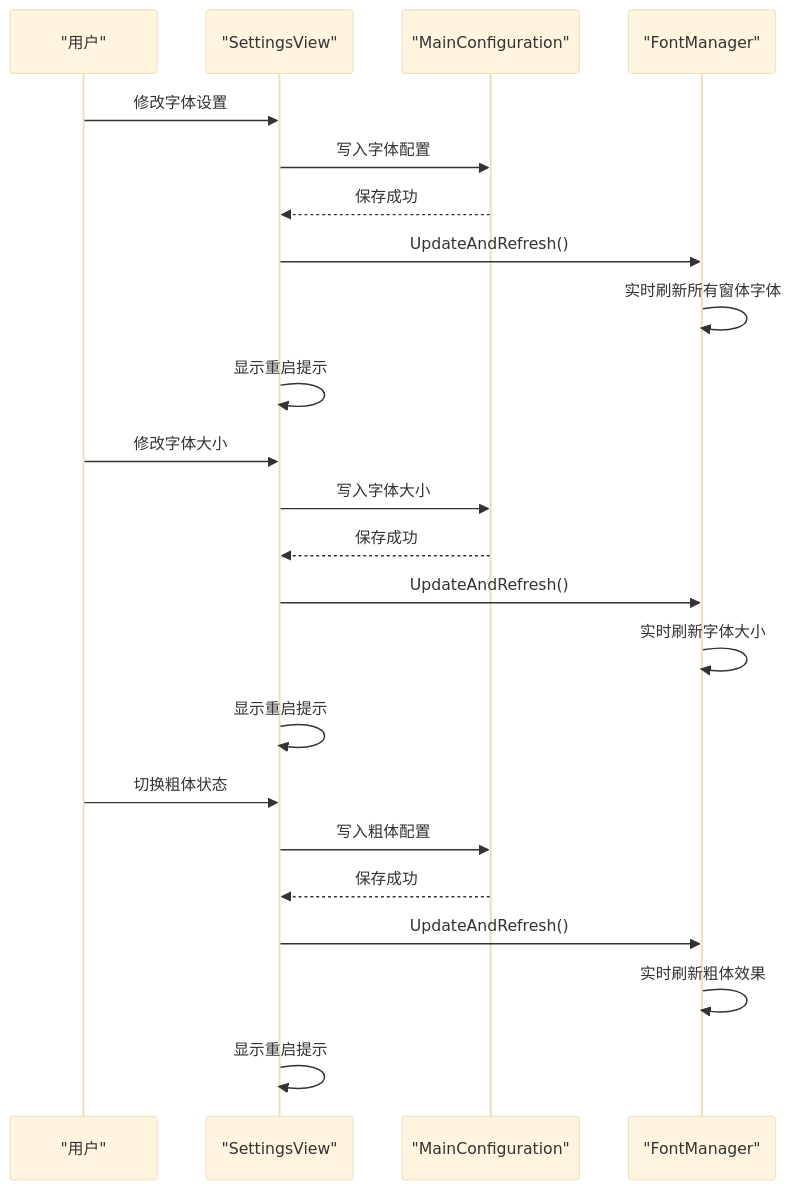
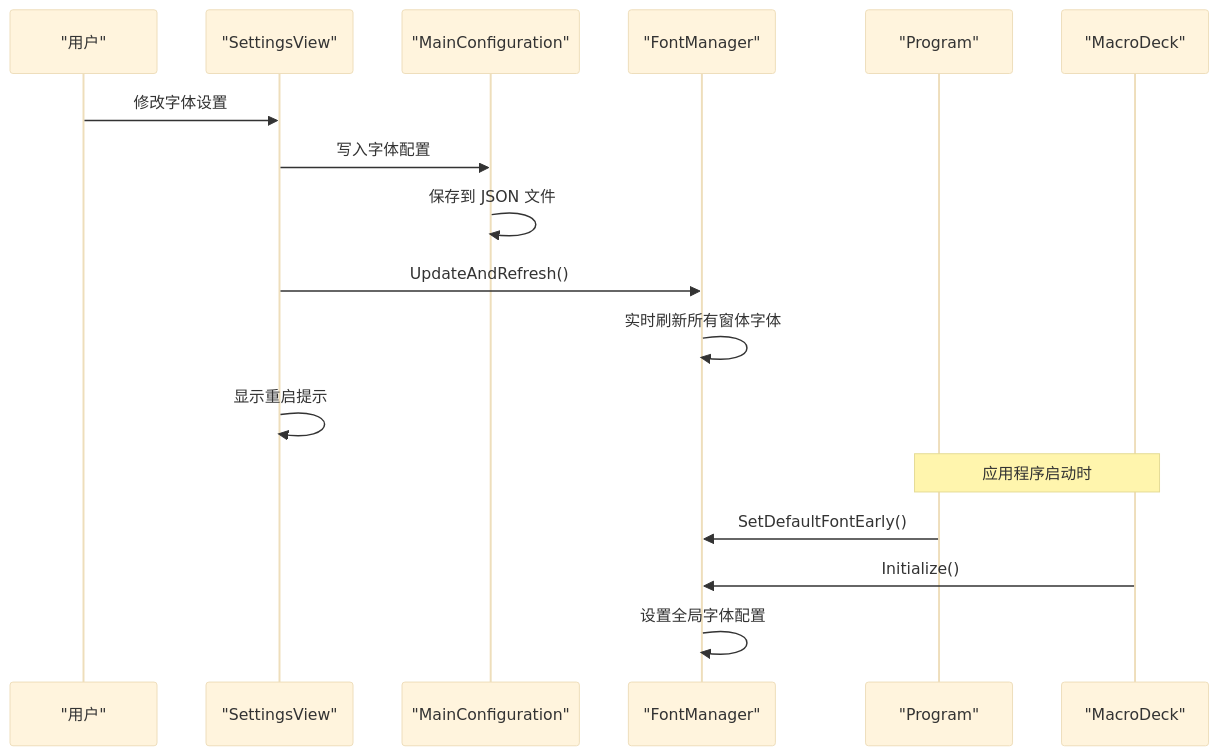
One commit to tea4go/Macro-Deck changed the second of 6 diagrams in .qoder/repowiki/zh/content/图形用户界面/视图管理系统/设置视图.md. Above: the diagram before and after it, drawn with Mermaid (base theme). The commit also changed other lines of this file and 3 other files, not shown here.

````diff
--- a/.qoder/repowiki/zh/content/图形用户界面/视图管理系统/设置视图.md
+++ b/.qoder/repowiki/zh/content/图形用户界面/视图管理系统/设置视图.md
@@ -118,25 +142,19 @@
 ```mermaid
 sequenceDiagram
 participant U as "用户"
 participant SV as "SettingsView"
 participant CFG as "MainConfiguration"
 participant FM as "FontManager"
+participant PRG as "Program"
+participant MD as "MacroDeck"
 U->>SV : 修改字体设置
 SV->>CFG : 写入字体配置
-CFG-->>SV : 保存成功
+CFG->>CFG : 保存到 JSON 文件
 SV->>FM : UpdateAndRefresh()
 FM->>FM : 实时刷新所有窗体字体
 SV->>SV : 显示重启提示
-U->>SV : 修改字体大小
-SV->>CFG : 写入字体大小
-CFG-->>SV : 保存成功
-SV->>FM : UpdateAndRefresh()
-FM->>FM : 实时刷新字体大小
-SV->>SV : 显示重启提示
-U->>SV : 切换粗体状态
-SV->>CFG : 写入粗体配置
-CFG-->>SV : 保存成功
-SV->>FM : UpdateAndRefresh()
-FM->>FM : 实时刷新粗体效果
-SV->>SV : 显示重启提示
+Note over PRG,MD : 应用程序启动时
+PRG->>FM : SetDefaultFontEarly()
+MD->>FM : Initialize()
+FM->>FM : 设置全局字体配置
 ```
````
